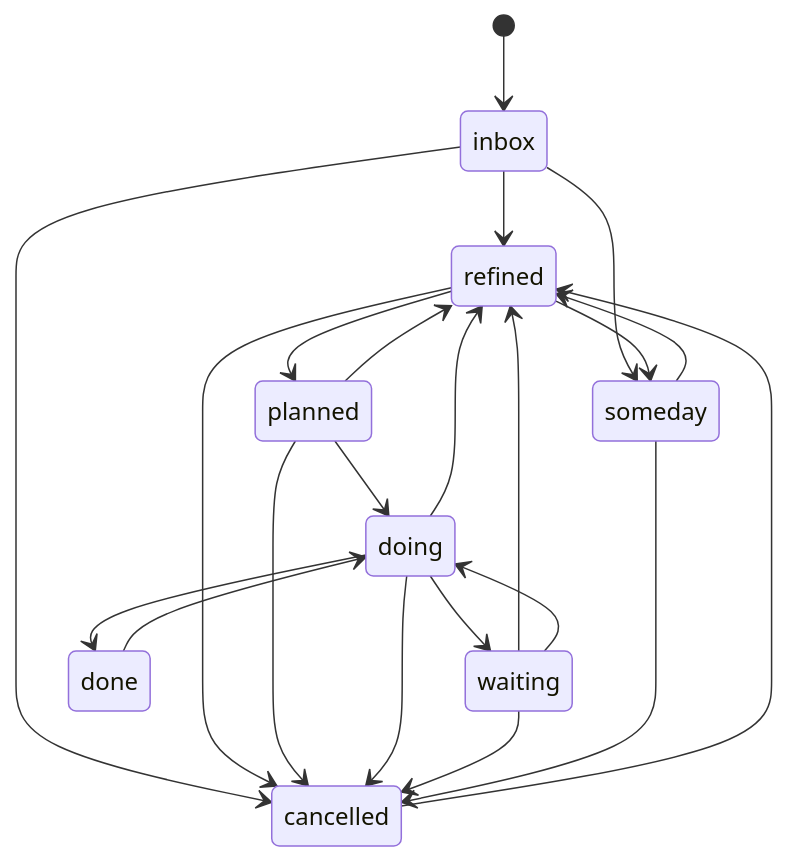
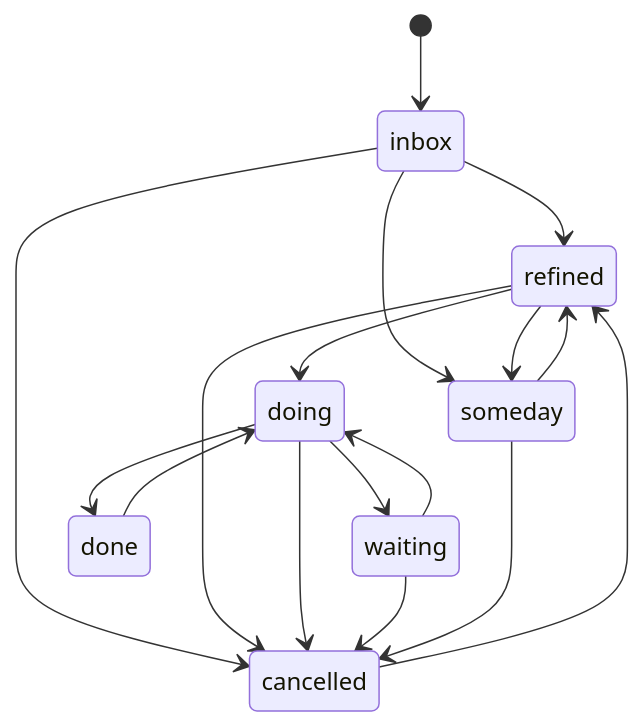
One commit to David-Bambi/nexus changed the second of 3 diagrams in docs/architecture/overview.md. Above: the diagram before and after it, drawn with Mermaid. The commit also changed other lines of this file and 19 other files, not shown here.

````diff
--- a/docs/architecture/overview.md
+++ b/docs/architecture/overview.md
@@ -68,24 +44,19 @@
 ```mermaid
 stateDiagram-v2
     [*] --> inbox
     inbox --> refined
-    refined --> planned
-    planned --> refined
-    planned --> doing
+    refined --> doing
     doing --> waiting
-    doing --> refined
-    waiting --> refined
     waiting --> doing
     doing --> done
     done --> doing
     inbox --> someday
     refined --> someday
     someday --> refined
     inbox --> cancelled
     refined --> cancelled
-    planned --> cancelled
     doing --> cancelled
     waiting --> cancelled
     someday --> cancelled
     cancelled --> refined
 ```
````
